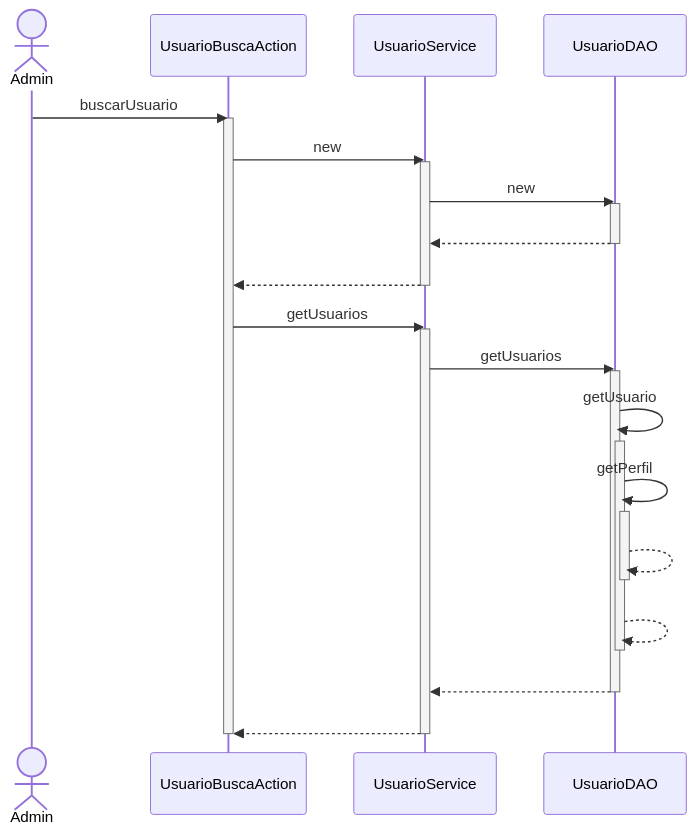
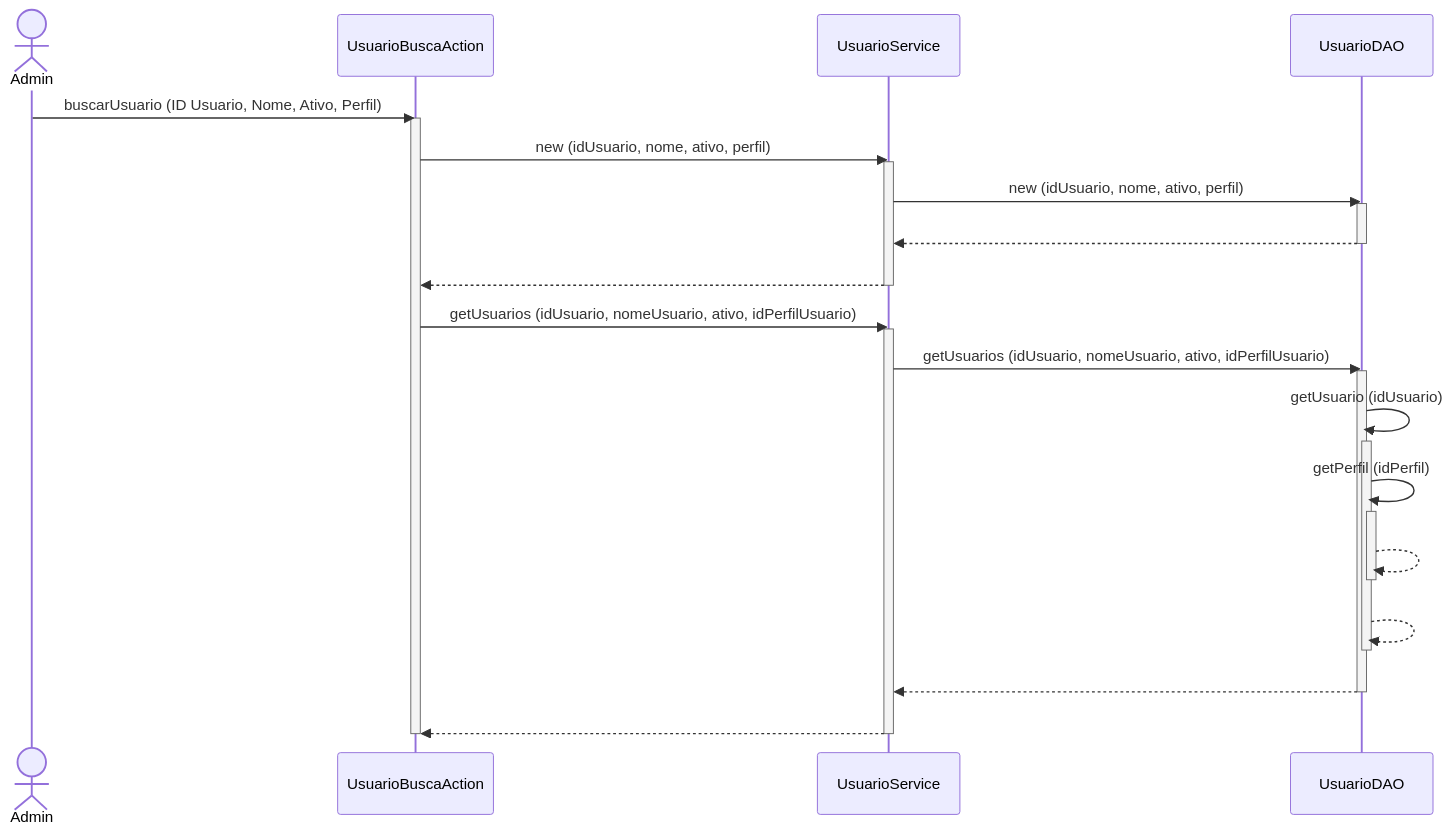
The diagram in DiagramaSequencia/Novo Diagrama Sequencia/Usuario/Buscar Usuario.mmd (branqsMRP/SequenceDiagram), drawn with Mermaid before and after one commit. The commit also changed 1 other file, not shown here.

```diff
--- a/DiagramaSequencia/Novo Diagrama Sequencia/Usuario/Buscar Usuario.mmd
+++ b/DiagramaSequencia/Novo Diagrama Sequencia/Usuario/Buscar Usuario.mmd
@@ -1,29 +1,29 @@
 sequenceDiagram
 actor A as Admin
-A ->> UsuarioBuscaAction : buscarUsuario
+A ->> UsuarioBuscaAction : buscarUsuario (ID Usuario, Nome, Ativo, Perfil)
 activate UsuarioBuscaAction
-UsuarioBuscaAction ->> UsuarioService : new
+UsuarioBuscaAction ->> UsuarioService : new (idUsuario, nome, ativo, perfil)
 activate UsuarioService
-UsuarioService ->> UsuarioDAO : new
+UsuarioService ->> UsuarioDAO : new (idUsuario, nome, ativo, perfil)
 activate UsuarioDAO
 UsuarioDAO -->> UsuarioService : #32; 
 deactivate UsuarioDAO
 UsuarioService -->> UsuarioBuscaAction : #32; 
 deactivate UsuarioService
-UsuarioBuscaAction ->> UsuarioService : getUsuarios
+UsuarioBuscaAction ->> UsuarioService : getUsuarios (idUsuario, nomeUsuario, ativo, idPerfilUsuario)
 activate UsuarioService
-UsuarioService ->> UsuarioDAO : getUsuarios
+UsuarioService ->> UsuarioDAO : getUsuarios (idUsuario, nomeUsuario, ativo, idPerfilUsuario)
 activate UsuarioDAO
-UsuarioDAO ->> UsuarioDAO : getUsuario
+UsuarioDAO ->> UsuarioDAO : getUsuario (idUsuario)
 activate UsuarioDAO
-UsuarioDAO ->> UsuarioDAO : getPerfil
+UsuarioDAO ->> UsuarioDAO : getPerfil (idPerfil)
 activate UsuarioDAO
 UsuarioDAO -->> UsuarioDAO : #32; 
 deactivate UsuarioDAO
 UsuarioDAO -->> UsuarioDAO : #32; 
 deactivate UsuarioDAO
 UsuarioDAO -->> UsuarioService : #32; 
 deactivate UsuarioDAO
 UsuarioService -->> UsuarioBuscaAction : #32; 
 deactivate UsuarioService
 deactivate UsuarioBuscaAction
```
